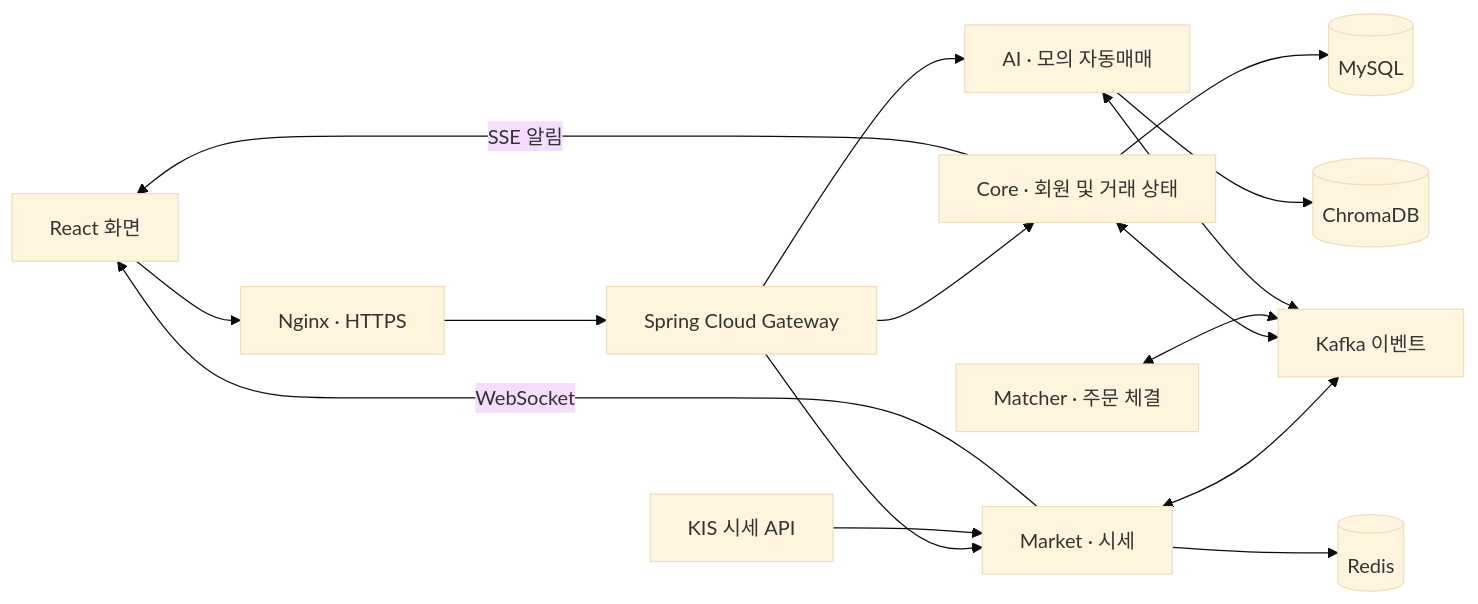
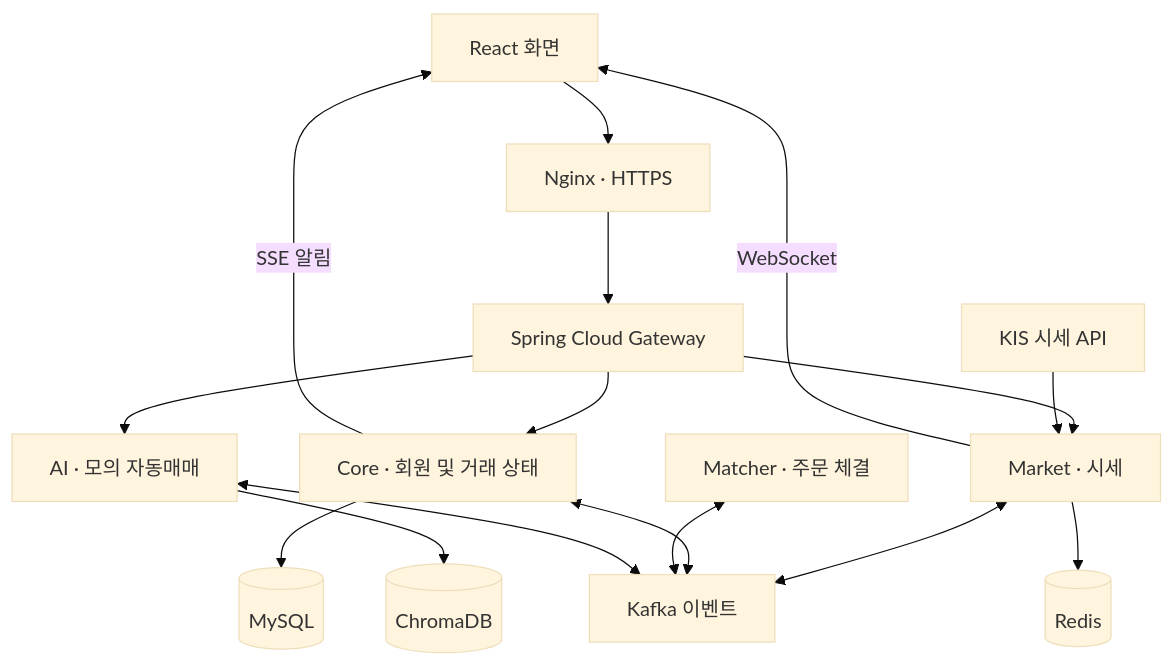
One commit to sohnsw95/SSAFY-Stock changed the first of 2 diagrams in README.md. Above: the diagram before and after it, drawn with Mermaid (base theme).

Commit message:
docs: use vertical architecture diagrams for readability

````diff
--- a/README.md
+++ b/README.md
@@ -46,18 +46,18 @@
 ```mermaid
-flowchart LR
+flowchart TB
     UI[React 화면] --> Proxy[Nginx · HTTPS]
     Proxy --> Gateway[Spring Cloud Gateway]
     Gateway --> Core[Core · 회원 및 거래 상태]
     Gateway --> Market[Market · 시세]
     Gateway --> AI[AI · 모의 자동매매]
     KIS[KIS 시세 API] --> Market
     Market --> Cache[(Redis)]
     Market <--> Events[Kafka 이벤트]
     Core <--> Events
     Matcher[Matcher · 주문 체결] <--> Events
     AI <--> Events
     Core --> DB[(MySQL)]
     AI --> Vector[(ChromaDB)]
     Market -->|WebSocket| UI
     Core -->|SSE 알림| UI
 ```
````
